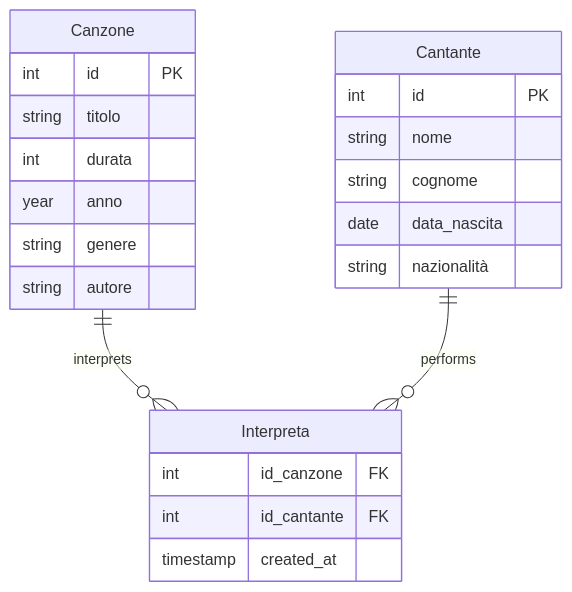
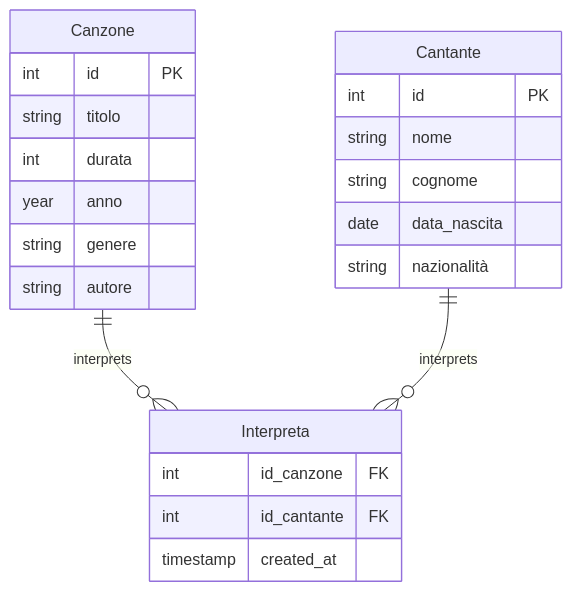
One commit to ComradeWave/JukeBox-MySQL changed the first of 2 diagrams in README.md. Above: the diagram before and after it, drawn with Mermaid.

Commit message:
[fix] Fixed mermaid graph in README.md

````diff
--- a/README.md
+++ b/README.md
@@ -46,26 +46,26 @@
 ```mermaid
 erDiagram
     Canzone {
         int id PK
         string titolo
         int durata
         year anno
         string genere
         string autore
     }
     Cantante {
         int id PK
         string nome
         string cognome
         date data_nascita
         string nazionalità
     }
-   Interpreta {
-      int id_canzone FK
-      int id_cantante FK
-      timestamp created_at
-   }
-   Canzone ||--o{ Interpreta : "interprets"
-   Cantante ||--o{ Interpreta : "performs"
+    Interpreta {
+        int id_canzone FK
+        int id_cantante FK
+        timestamp created_at
+    }
+    Canzone ||--o{ Interpreta : "interprets"
+    Cantante ||--o{ Interpreta : "interprets"
 
 ```
````
